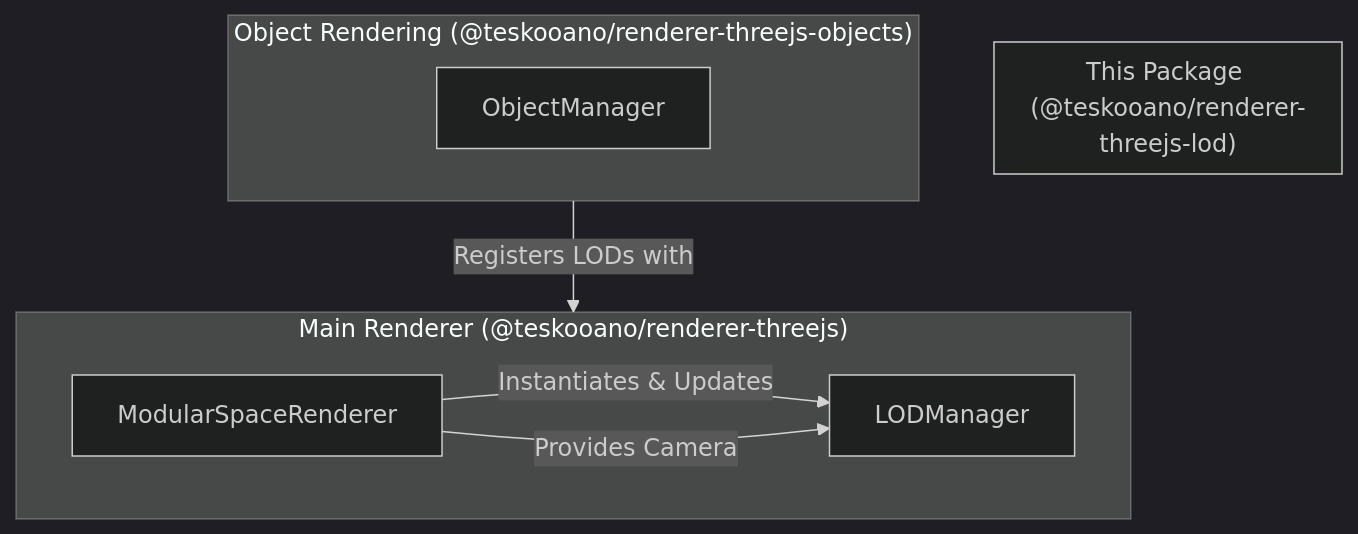
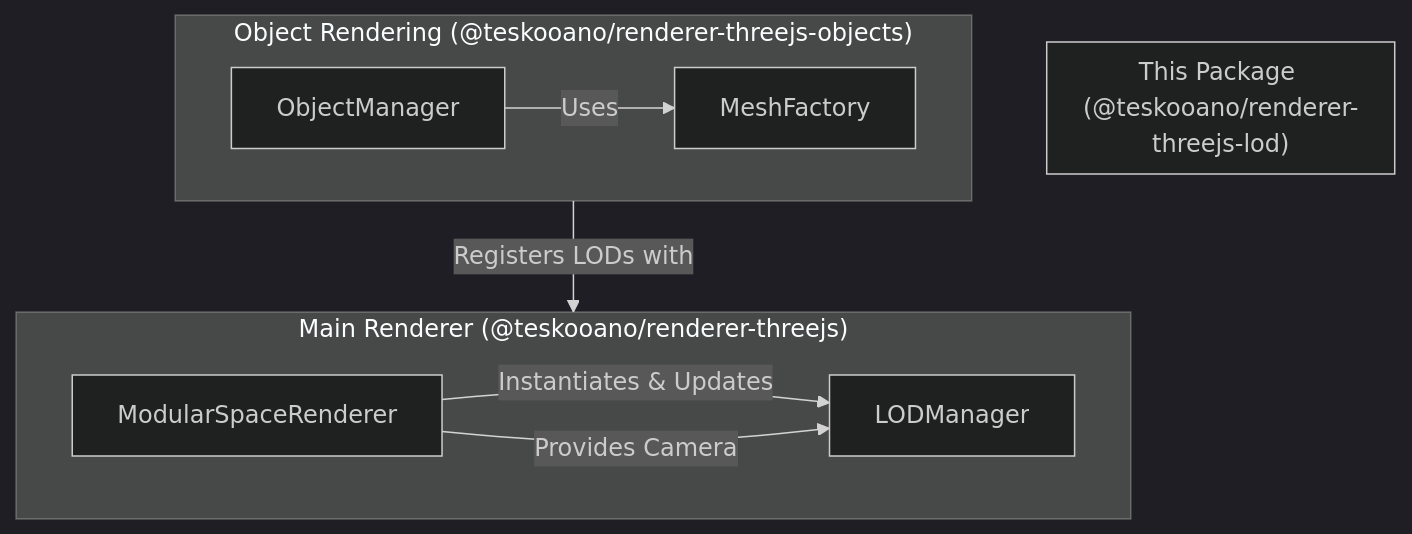
The diagram in packages/renderer/threejs-lod/ARCHITECTURE.md (tanepiper/teskooano), drawn with Mermaid (dark theme) before and after one commit. The commit also changed 13 other files, not shown here.

````diff
--- a/packages/renderer/threejs-lod/ARCHITECTURE.md
+++ b/packages/renderer/threejs-lod/ARCHITECTURE.md
@@ -17,18 +17,19 @@
 ```mermaid
 graph TD
     subgraph "Main Renderer (@teskooano/renderer-threejs)"
         direction LR
         A[ModularSpaceRenderer] -- "Instantiates & Updates" --> B;
         A -- "Provides Camera" --> B;
     end
 
     subgraph "This Package (@teskooano/renderer-threejs-lod)"
         direction LR
         B[LODManager]
     end
 
     subgraph "Object Rendering (@teskooano/renderer-threejs-objects)"
         direction LR
-        C[ObjectManager] -- "Registers LODs with" --> B;
+        C[ObjectManager] -- "Uses" --> D[MeshFactory]
+        D -- "Registers LODs with" --> B
     end
 ```
````
